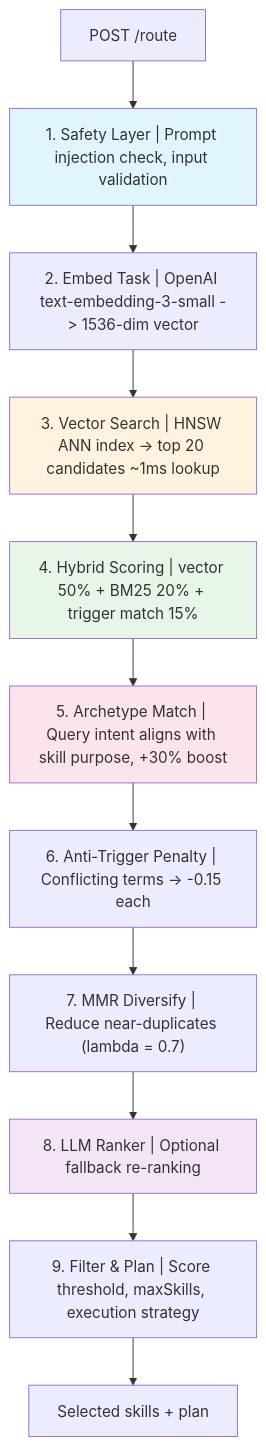
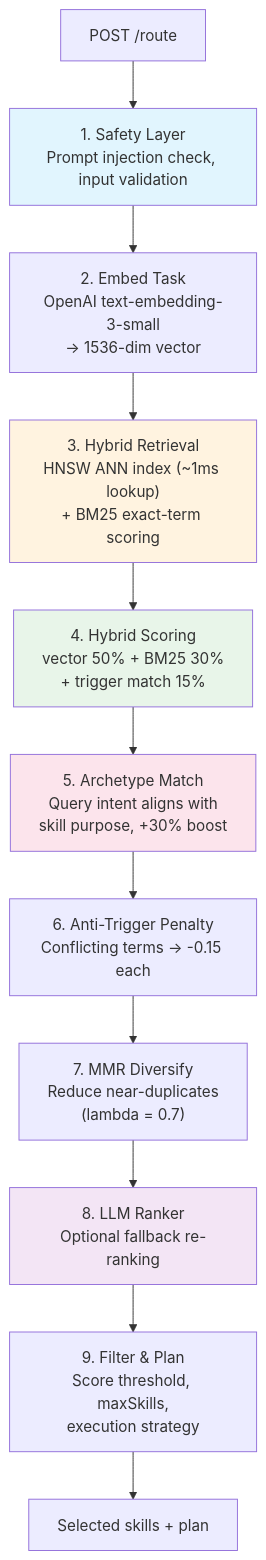
One commit to paulpas/agent-skill-router changed the first of 2 diagrams in docs/api-walkthrough.md. Above: the diagram before and after it, drawn with Mermaid. The commit also changed other lines of this file and 7 other files, not shown here.

First line of the commit message:
docs: fix GitHub rendering issues + clarify Vector+BM25 vs HNSW

````diff
--- a/docs/api-walkthrough.md
+++ b/docs/api-walkthrough.md
@@ -231,19 +231,19 @@
 ```mermaid
 flowchart TD
-    A["POST /route"] --> B["1. Safety Layer | Prompt injection check, input validation"]
-    B --> C["2. Embed Task | OpenAI text-embedding-3-small -> 1536-dim vector"]
-    C --> D["3. Vector Search | HNSW ANN index -> top 20 candidates ~1ms lookup"]
-    D --> E["4. Hybrid Scoring | vector 50% + BM25 20% + trigger match 15%"]
-    E --> F["5. Archetype Match | Query intent aligns with skill purpose, +30% boost"]
-    F --> G["6. Anti-Trigger Penalty | Conflicting terms -> -0.15 each"]
-    G --> H["7. MMR Diversify | Reduce near-duplicates (lambda = 0.7)"]
-    H --> I["8. LLM Ranker | Optional fallback re-ranking"]
-    I --> J["9. Filter & Plan | Score threshold, maxSkills, execution strategy"]
+    A["POST /route"] --> B["1. Safety Layer<br/>Prompt injection check, input validation"]
+    B --> C["2. Embed Task<br/>OpenAI text-embedding-3-small<br/>→ 1536-dim vector"]
+    C --> D["3. Hybrid Retrieval<br/>HNSW ANN index (~1ms lookup)<br/>+ BM25 exact-term scoring"]
+    D --> E["4. Hybrid Scoring<br/>vector 50% + BM25 30%<br/>+ trigger match 15%"]
+    E --> F["5. Archetype Match<br/>Query intent aligns with<br/>skill purpose, +30% boost"]
+    F --> G["6. Anti-Trigger Penalty<br/>Conflicting terms → -0.15 each"]
+    G --> H["7. MMR Diversify<br/>Reduce near-duplicates<br/>(lambda = 0.7)"]
+    H --> I["8. LLM Ranker<br/>Optional fallback re-ranking"]
+    I --> J["9. Filter & Plan<br/>Score threshold, maxSkills,<br/>execution strategy"]
     J --> K["Selected skills + plan"]
 
     style B fill:#e1f5fe
     style D fill:#fff3e0
     style E fill:#e8f5e9
     style F fill:#fce4ec
     style I fill:#f3e5f5
 ```
````
